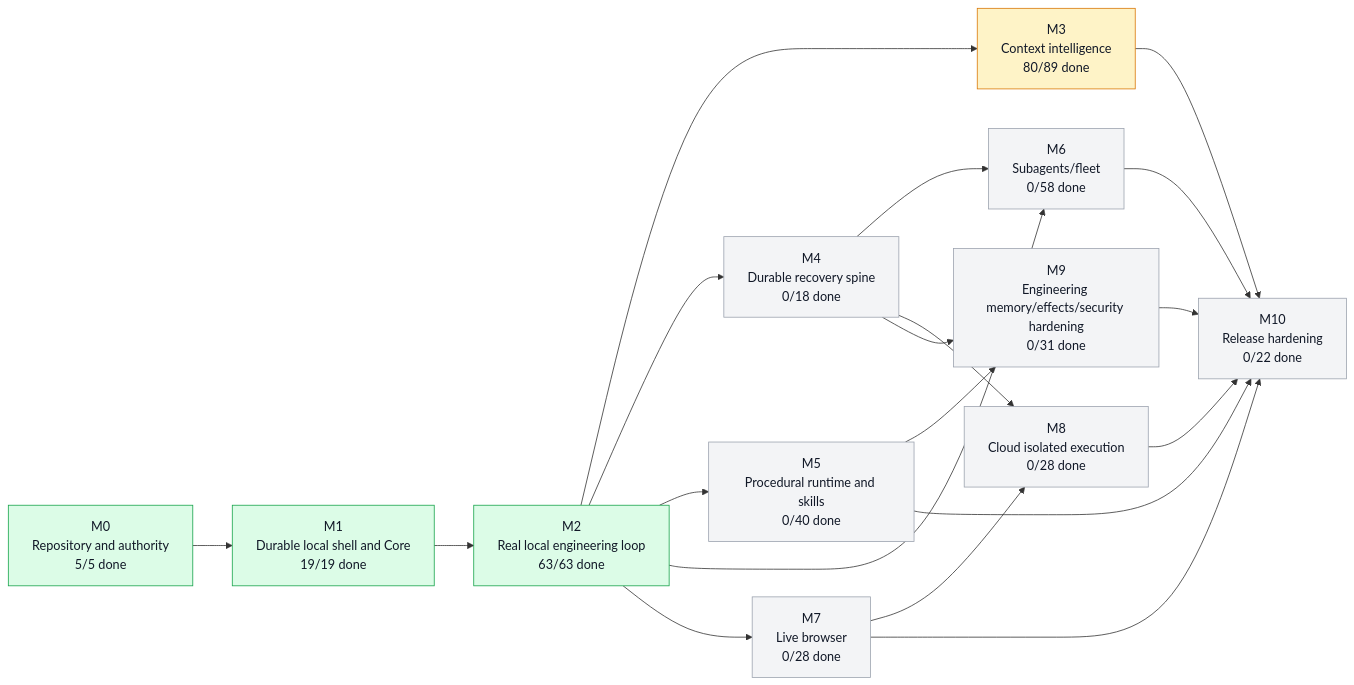
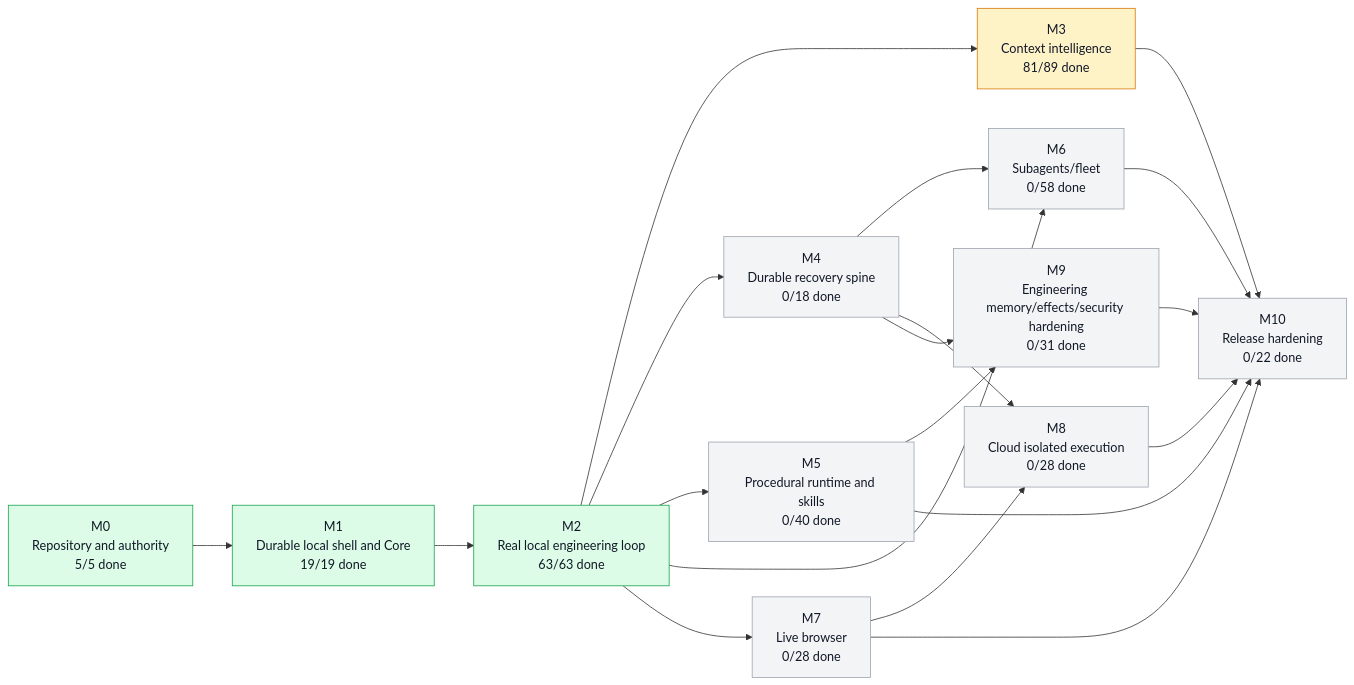
Before and after one commit to moss101/modbit: the first of 5 diagrams in graph/PROJECT_GRAPH.md, drawn with Mermaid. The commit also changed other lines of this file and 24 other files, not shown here.

````diff
--- a/graph/PROJECT_GRAPH.md
+++ b/graph/PROJECT_GRAPH.md
@@ -57,43 +57,43 @@
 ```mermaid
 flowchart LR
   M0["M0<br/>Repository and authority<br/>5/5 done"]
   M1["M1<br/>Durable local shell and Core<br/>19/19 done"]
   M2["M2<br/>Real local engineering loop<br/>63/63 done"]
-  M3["M3<br/>Context intelligence<br/>80/89 done"]
+  M3["M3<br/>Context intelligence<br/>81/89 done"]
   M4["M4<br/>Durable recovery spine<br/>0/18 done"]
   M5["M5<br/>Procedural runtime and skills<br/>0/40 done"]
   M6["M6<br/>Subagents/fleet<br/>0/58 done"]
   M7["M7<br/>Live browser<br/>0/28 done"]
   M8["M8<br/>Cloud isolated execution<br/>0/28 done"]
   M9["M9<br/>Engineering memory/effects/security hardening<br/>0/31 done"]
   M10["M10<br/>Release hardening<br/>0/22 done"]
   M0 --> M1
   M1 --> M2
   M2 --> M3
   M2 --> M4
   M2 --> M5
   M2 --> M6
   M4 --> M6
   M2 --> M7
   M4 --> M8
   M7 --> M8
   M4 --> M9
   M5 --> M9
   M3 --> M10
   M5 --> M10
   M6 --> M10
   M7 --> M10
   M8 --> M10
   M9 --> M10
   style M0 fill:#dcfce7,stroke:#16a34a,color:#111827
   style M1 fill:#dcfce7,stroke:#16a34a,color:#111827
   style M2 fill:#dcfce7,stroke:#16a34a,color:#111827
   style M3 fill:#fef3c7,stroke:#d97706,color:#111827
   style M4 fill:#f3f4f6,stroke:#9ca3af,color:#111827
   style M5 fill:#f3f4f6,stroke:#9ca3af,color:#111827
   style M6 fill:#f3f4f6,stroke:#9ca3af,color:#111827
   style M7 fill:#f3f4f6,stroke:#9ca3af,color:#111827
   style M8 fill:#f3f4f6,stroke:#9ca3af,color:#111827
   style M9 fill:#f3f4f6,stroke:#9ca3af,color:#111827
   style M10 fill:#f3f4f6,stroke:#9ca3af,color:#111827
 ```
````
